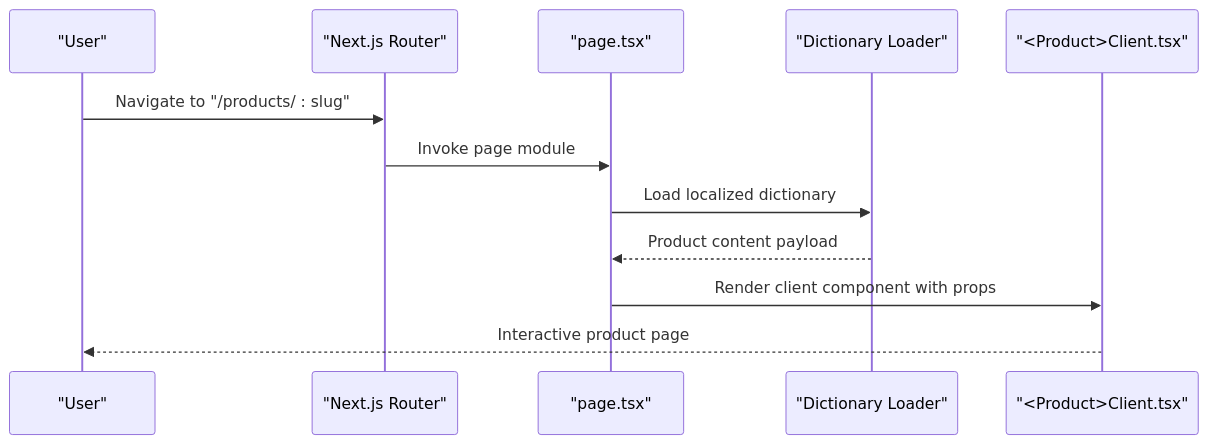
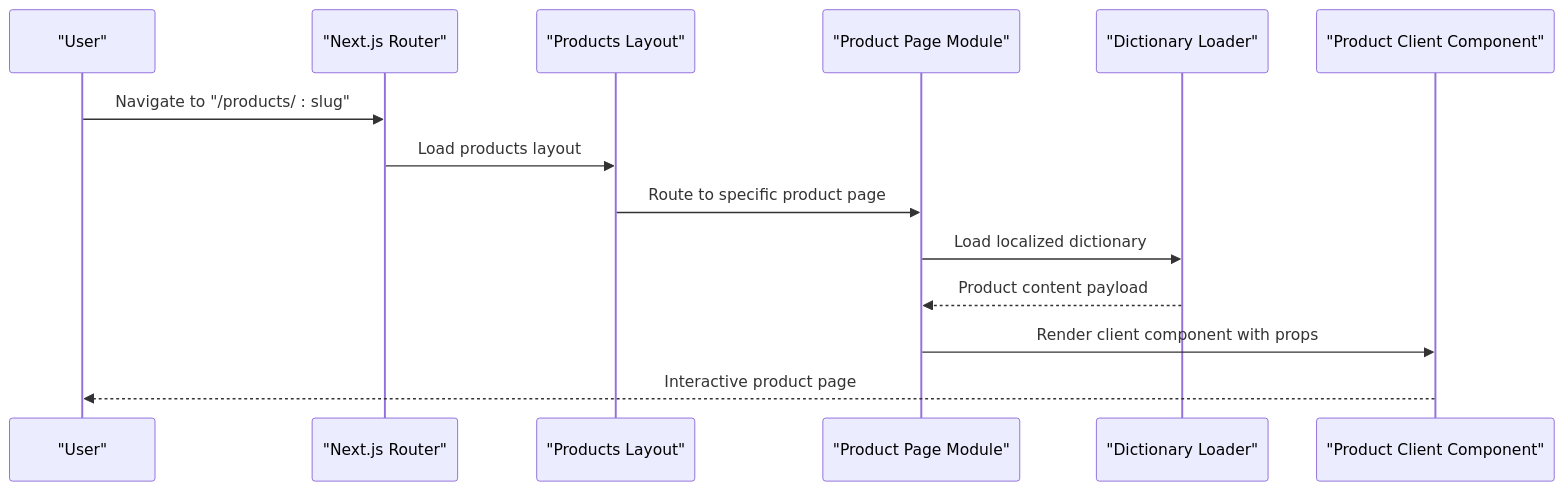
Before and after one commit to erdemerciyas/bgts: the second of 11 diagrams in .qoder/repowiki/en/content/Pages & Routing/Products Pages.md, drawn with Mermaid. The commit also changed other lines of this file and 21 other files, not shown here.

````diff
--- a/.qoder/repowiki/en/content/Pages & Routing/Products Pages.md
+++ b/.qoder/repowiki/en/content/Pages & Routing/Products Pages.md
@@ -139,14 +150,16 @@
 ```mermaid
 sequenceDiagram
 participant U as "User"
 participant R as "Next.js Router"
-participant P as "page.tsx"
+participant PL as "Products Layout"
+participant P as "Product Page Module"
 participant D as "Dictionary Loader"
-participant C as "<Product>Client.tsx"
+participant C as "Product Client Component"
 U->>R : Navigate to "/products/ : slug"
-R->>P : Invoke page module
+R->>PL : Load products layout
+PL->>P : Route to specific product page
 P->>D : Load localized dictionary
 D-->>P : Product content payload
 P->>C : Render client component with props
 C-->>U : Interactive product page
 ```
````
